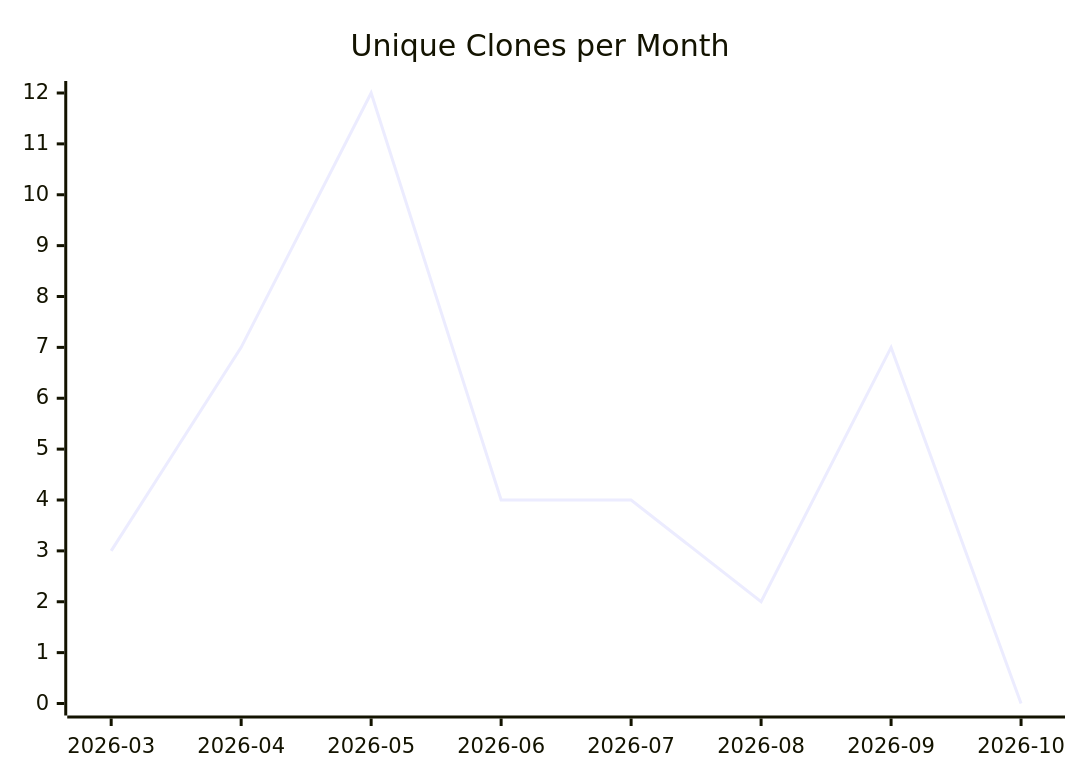
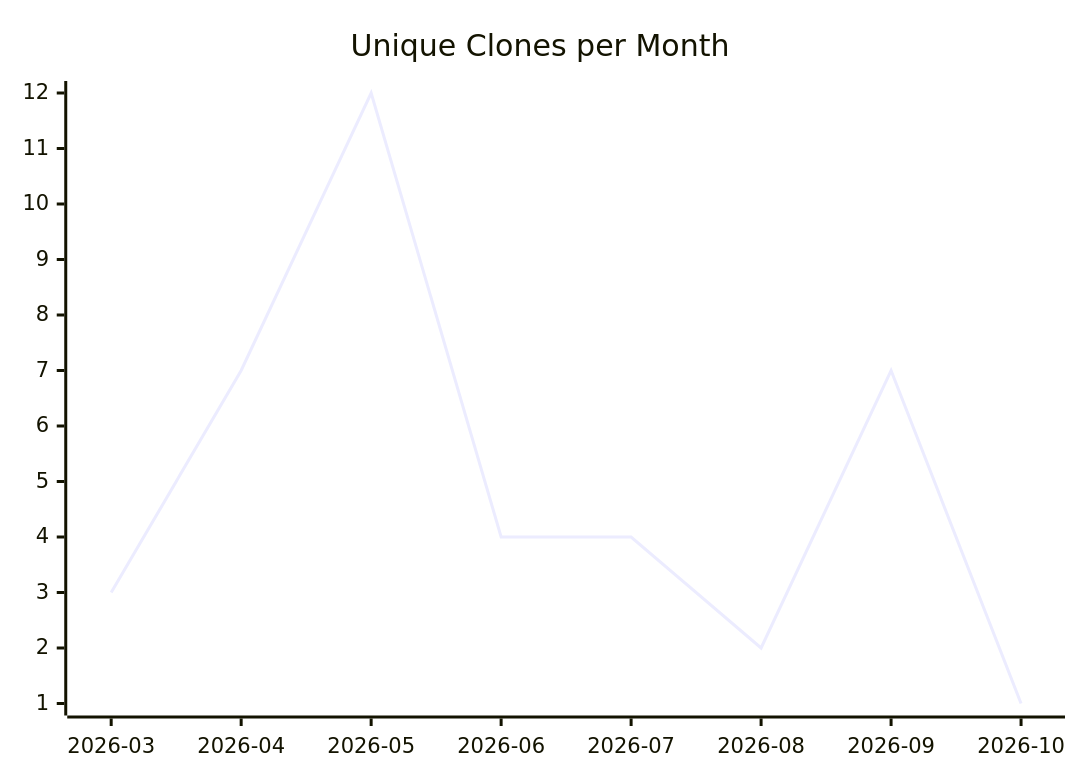
Before and after one commit to justdavis-family/github-analytics-data: the third of 3 diagrams in karlmdavis/perfect-note/README.md, drawn with Mermaid. The commit also changed other lines of this file and 200 other files, not shown here.

````diff
--- a/karlmdavis/perfect-note/README.md
+++ b/karlmdavis/perfect-note/README.md
@@ -19,6 +19,6 @@
 ```mermaid
 xychart-beta
   title "Unique Clones per Month"
   x-axis ["2026-03", "2026-04", "2026-05", "2026-06", "2026-07", "2026-08", "2026-09", "2026-10"]
-  line [3, 7, 12, 4, 4, 2, 7, 0]
+  line [3, 7, 12, 4, 4, 2, 7, 1]
 ```
````
